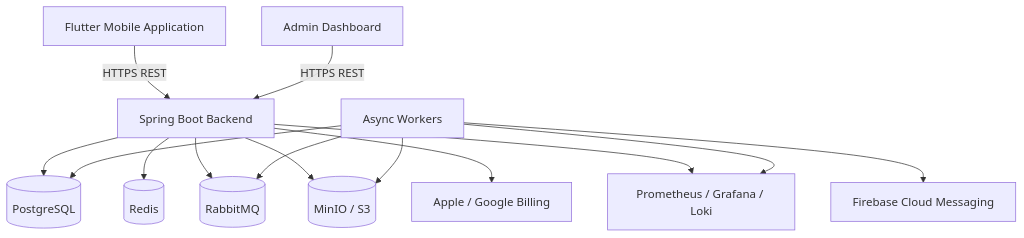
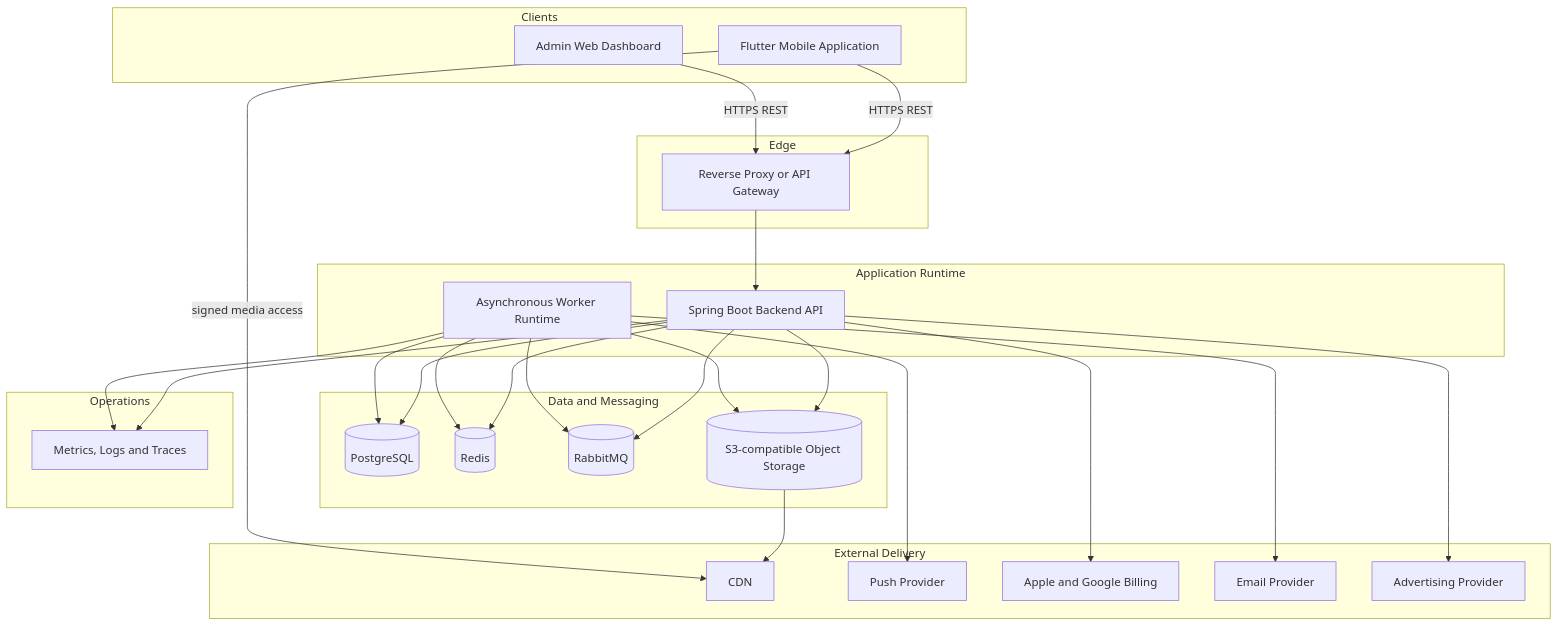
One commit to IoanMarian08/KidsAudioBookPlatform changed the second of 3 diagrams in docs/03_Architecture/C4_Model/README.md. Above: the diagram before and after it, drawn with Mermaid. The commit also changed other lines of this file, not shown here.

````diff
--- a/docs/03_Architecture/C4_Model/README.md
+++ b/docs/03_Architecture/C4_Model/README.md
@@ -41,28 +141,59 @@
 ```mermaid
 flowchart TB
-    Mobile[Flutter Mobile Application]
-    AdminUI[Admin Dashboard]
-    API[Spring Boot Backend]
-    Worker[Async Workers]
-    PG[(PostgreSQL)]
-    Redis[(Redis)]
-    MQ[(RabbitMQ)]
-    Object[(MinIO / S3)]
-    Obs[Prometheus / Grafana / Loki]
-    Push[Firebase Cloud Messaging]
-    Stores[Apple / Google Billing]
+    subgraph Clients
+        Mobile[Flutter Mobile Application]
+        AdminUI[Admin Web Dashboard]
+    end
 
-    Mobile -->|HTTPS REST| API
-    AdminUI -->|HTTPS REST| API
+    subgraph Edge
+        Gateway[Reverse Proxy or API Gateway]
+    end
+
+    subgraph Application Runtime
+        API[Spring Boot Backend API]
+        Worker[Asynchronous Worker Runtime]
+    end
+
+    subgraph Data and Messaging
+        PG[(PostgreSQL)]
+        Redis[(Redis)]
+        MQ[(RabbitMQ)]
+        Object[(S3-compatible Object Storage)]
+    end
+
+    subgraph External Delivery
+        CDN[CDN]
+        Push[Push Provider]
+        Stores[Apple and Google Billing]
+        Email[Email Provider]
+        Ads[Advertising Provider]
+    end
+
+    subgraph Operations
+        Obs[Metrics, Logs and Traces]
+    end
+
+    Mobile -->|HTTPS REST| Gateway
+    AdminUI -->|HTTPS REST| Gateway
+    Gateway --> API
+
     API --> PG
     API --> Redis
     API --> MQ
     API --> Object
+    API --> Stores
+    API --> Ads
+
     Worker --> MQ
     Worker --> PG
+    Worker --> Redis
     Worker --> Object
     Worker --> Push
-    API --> Stores
+    Worker --> Email
+
+    Object --> CDN
+    Mobile -->|signed media access| CDN
+
     API --> Obs
     Worker --> Obs
 ```
````
